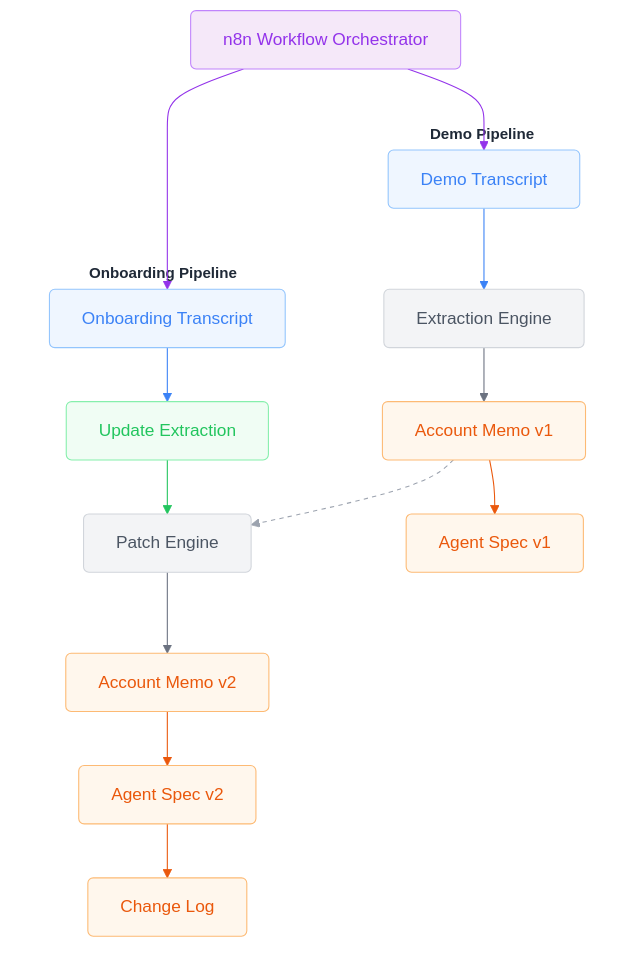
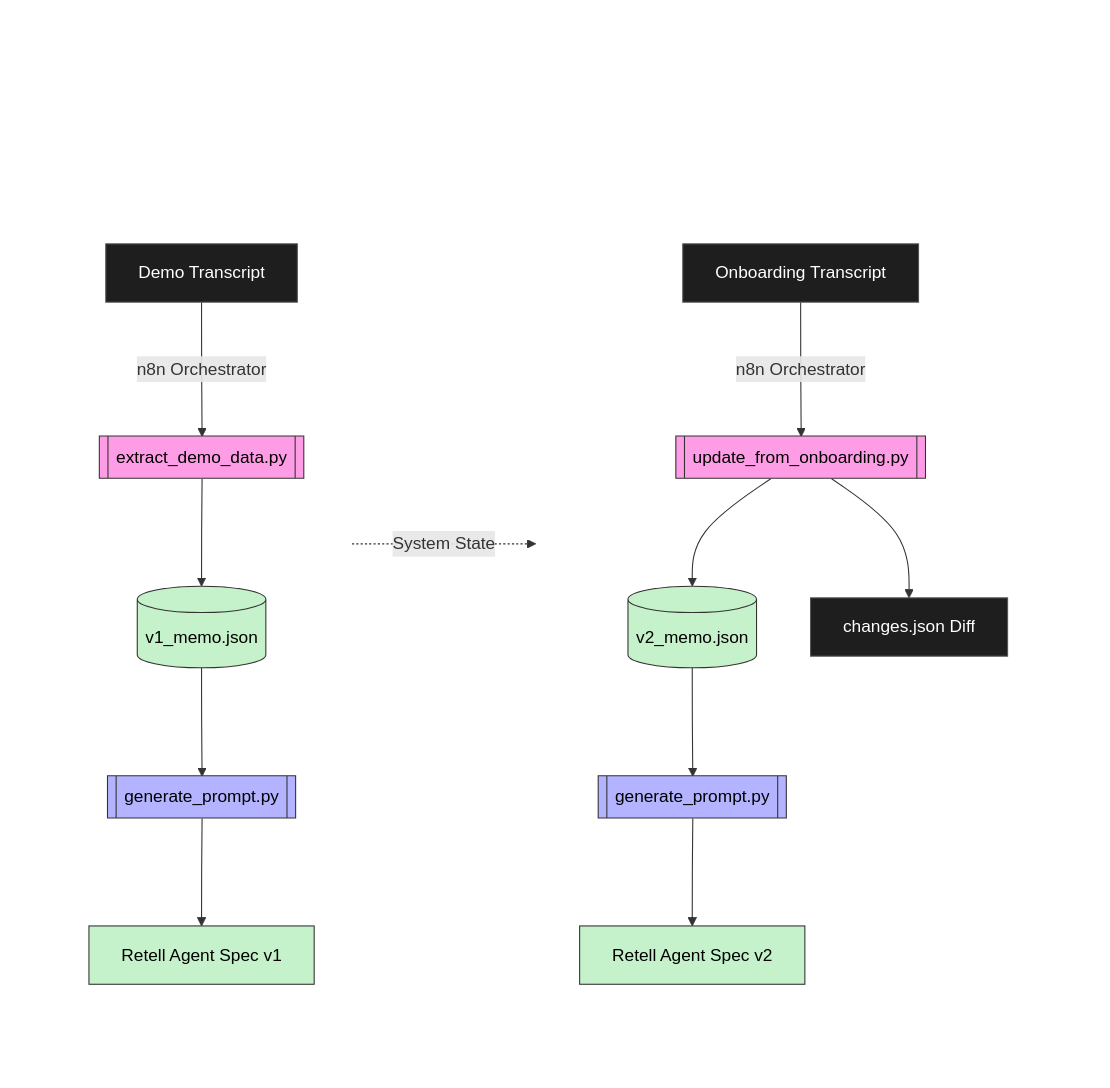
The second of 2 diagrams in README.md (Soumik-R/clara-agent-pipeline), drawn with Mermaid before and after one commit.

````diff
--- a/README.md
+++ b/README.md
@@ -145,56 +145,42 @@
 ```mermaid
 graph TD
-    classDef purple fill:#f5e8f9,stroke:#c084fc,stroke-width:1px,color:#9333ea,rx:5px,ry:5px;
-    classDef blue fill:#eff6ff,stroke:#93c5fd,stroke-width:1px,color:#3b82f6,rx:5px,ry:5px;
-    classDef grey fill:#f3f4f6,stroke:#d1d5db,stroke-width:1px,color:#4b5563,rx:5px,ry:5px;
-    classDef green fill:#f0fdf4,stroke:#86efac,stroke-width:1px,color:#22c55e,rx:5px,ry:5px;
-    classDef orange fill:#fff7ed,stroke:#fdba74,stroke-width:1px,color:#ea580c,rx:5px,ry:5px;
+    %% Custom Styles
+    classDef darkNode fill:#1E1E1E,stroke:#555,stroke-width:1px,color:#fff;
+    classDef scriptPink fill:#ff9ce6,stroke:#333,stroke-width:1px,color:#000;
+    classDef scriptBlue fill:#b3b3ff,stroke:#333,stroke-width:1px,color:#000;
+    classDef dataGreen fill:#c6f2cb,stroke:#333,stroke-width:1px,color:#000;
+    classDef invis fill:transparent,stroke:none,color:transparent;
 
-    style DemoPhase fill:transparent,stroke:none,color:#1f2937,font-weight:bold,font-size:14px;
-    style OnboardingPhase fill:transparent,stroke:none,color:#1f2937,font-weight:bold,font-size:14px;
+    subgraph Wrapper [ ]
+        direction LR
+        
+        %% Demo Phase
+        subgraph DemoPhase ["Pipeline A: Demo Call"]
+            direction TD
+            Spacer1[ ]:::invis ~~~ A[Demo Transcript]:::darkNode
+            A -->|n8n Orchestrator| B[[extract_demo_data.py]]:::scriptPink
+            B --> C[(v1_memo.json)]:::dataGreen
+            C --> D[[generate_prompt.py]]:::scriptBlue
+            D --> E[Retell Agent Spec v1]:::dataGreen
+        end
 
-    O[n8n Workflow Orchestrator]:::purple
-
-    subgraph DemoPhase ["Demo Pipeline"]
-        A[Demo Transcript]:::blue
-        B[Extraction Engine]:::grey
-        C[Account Memo v1]:::orange
-        D[Agent Spec v1]:::orange
-
-        A --> B
-        B --> C
-        C --> D
+        %% Onboarding Phase
+        subgraph OnboardingPhase ["Pipeline B: Onboarding Update"]
+            direction TD
+            Spacer2[ ]:::invis ~~~ F[Onboarding Transcript]:::darkNode
+            F -->|n8n Orchestrator| G[[update_from_onboarding.py]]:::scriptPink
+            G --> H[(v2_memo.json)]:::dataGreen
+            G --> I[changes.json Diff]:::darkNode
+            H --> J[[generate_prompt.py]]:::scriptBlue
+            J --> K[Retell Agent Spec v2]:::dataGreen
+        end
     end
-
-    subgraph OnboardingPhase ["Onboarding Pipeline"]
-        E[Onboarding Transcript]:::blue
-        F[Update Extraction]:::green
-        G[Patch Engine]:::grey
-        H[Account Memo v2]:::orange
-        I[Agent Spec v2]:::orange
-        J[Change Log]:::orange
-
-        E --> F
-        F --> G
-        G --> H
-        H --> I
-        I --> J
-    end
-
-    O --> A
-    O --> E
     
-    C -.-> G
-
-    linkStyle 0 stroke:#3b82f6,stroke-width:1px;
-    linkStyle 1 stroke:#6b7280,stroke-width:1px;
-    linkStyle 2 stroke:#ea580c,stroke-width:1px;
-    linkStyle 3 stroke:#3b82f6,stroke-width:1px;
-    linkStyle 4 stroke:#22c55e,stroke-width:1px;
-    linkStyle 5 stroke:#6b7280,stroke-width:1px;
-    linkStyle 6 stroke:#ea580c,stroke-width:1px;
-    linkStyle 7 stroke:#ea580c,stroke-width:1px;
-    linkStyle 8 stroke:#9333ea,stroke-width:1px;
-    linkStyle 9 stroke:#9333ea,stroke-width:1px;
-    linkStyle 10 stroke:#9ca3af,stroke-width:1px,stroke-dasharray: 4 4;
+    %% Cross-pipeline state connection
+    C -. "System State" .-> G
+    
+    %% Make Subgraph Backgrounds Transparent
+    style Wrapper fill:transparent,stroke:none;
+    style DemoPhase fill:transparent,stroke:none,color:#fff;
+    style OnboardingPhase fill:transparent,stroke:none,color:#fff;
 ```
````
